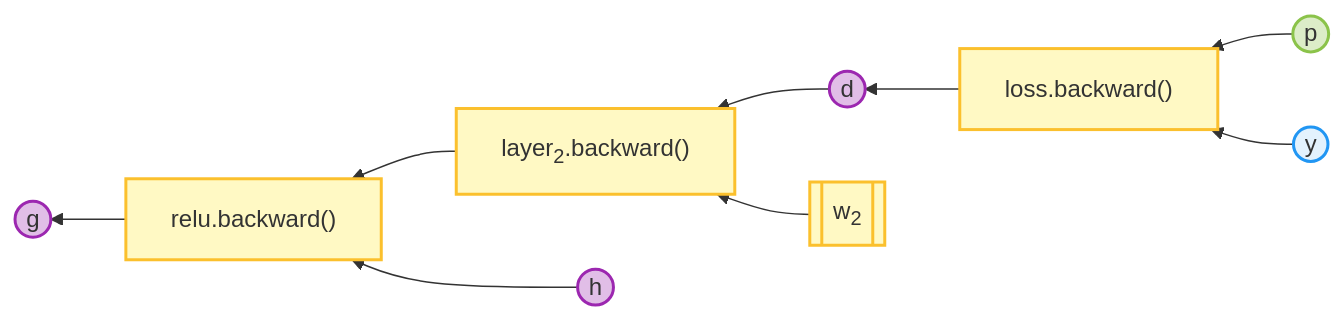
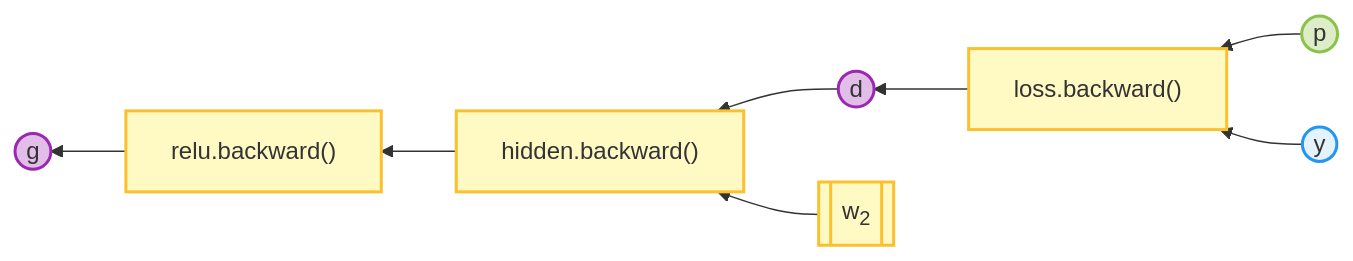
Before and after one commit to GPTmini/GPTmini: the diagram in mermaid-scripts/01-layer-relu-backward.mmd, drawn with Mermaid.

Commit message:
init book

```diff
--- a/mermaid-scripts/01-layer-relu-backward.mmd
+++ b/mermaid-scripts/01-layer-relu-backward.mmd
@@ -1,13 +1,12 @@
 flowchart RL
     classDef in fill:#E3F2FD,stroke:#2196F3,stroke-width:2px;
     classDef model fill:#FFF9C4,stroke:#FBC02D,stroke-width:2px;
     classDef data fill:#E1BEE7,stroke:#9C27B0,stroke-width:2px;
     classDef test fill:#F8BBD0,stroke:#E91E63,stroke-width:2px;
     classDef out fill:#DCEDC8,stroke:#8BC34A,stroke-width:2px;
     classDef skip stroke:#B0BEC5,stroke-width:2px,stroke-dasharray: 5 5;
 
     P((p)):::out --> G1["loss.backward()"]:::model --> og((d)):::data
-    og --> G2["layer<sub>2</sub>.backward()"]:::model --> RB["relu.backward()"]:::model --> hg((g)):::data
+    og --> G2["hidden.backward()"]:::model --> RB["relu.backward()"]:::model --> hg((g)):::data
     Y((y)):::in --> G1
     W2[[w<sub>2</sub>]]:::model --> G2
-    h((h)):::data --> RB
```
